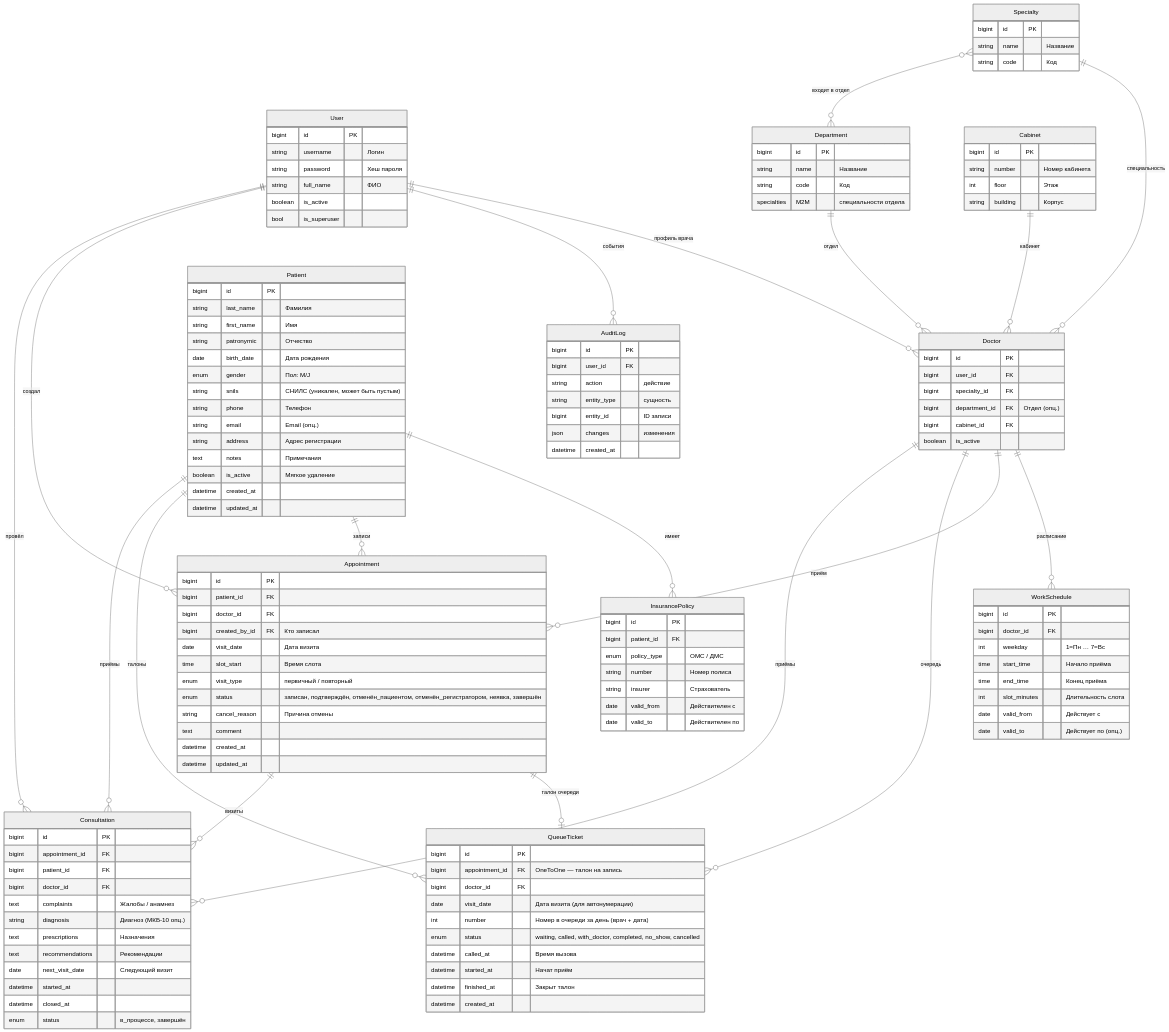
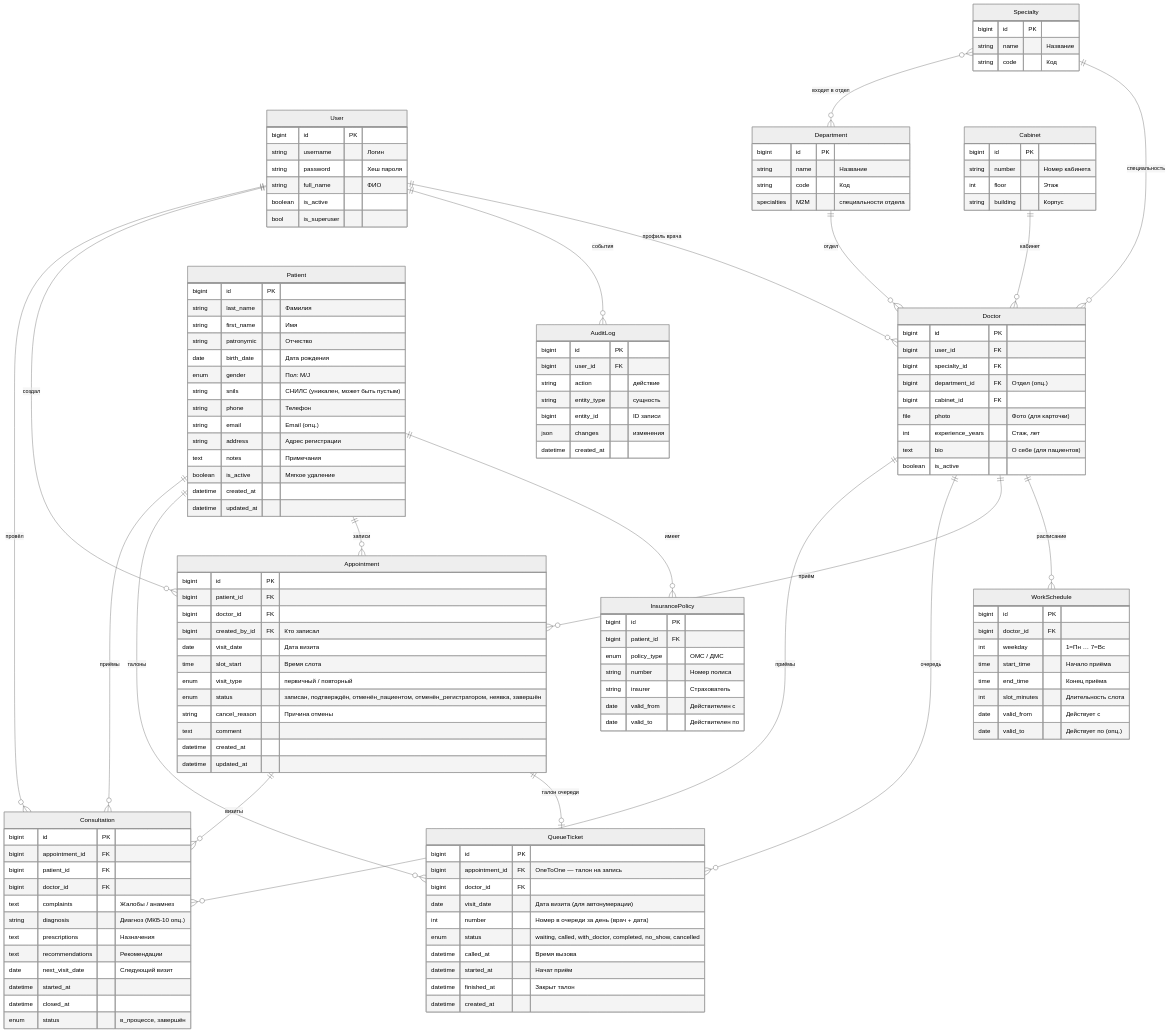
The diagram in docs/entities.md (dima00110/project-jbnuu), drawn with Mermaid (neutral theme) before and after one commit. The commit also changed 20 other files, not shown here.

```diff
--- a/docs/entities.md
+++ b/docs/entities.md
@@ -88,6 +88,9 @@
         bigint specialty_id FK
         bigint department_id FK "Отдел (опц.)"
         bigint cabinet_id FK
+        file photo "Фото (для карточки)"
+        int experience_years "Стаж, лет"
+        text bio "О себе (для пациентов)"
         boolean is_active
     }
 
```
